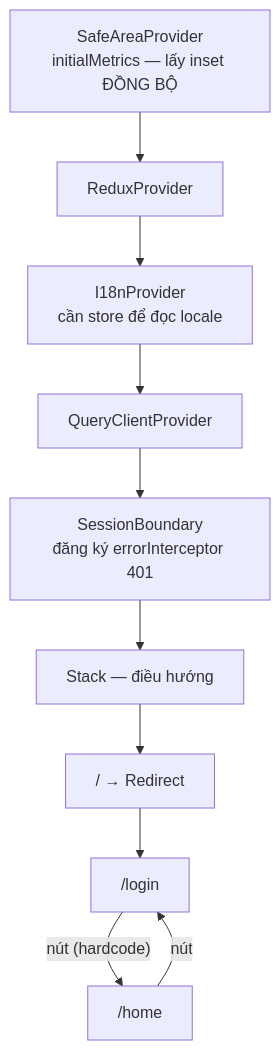
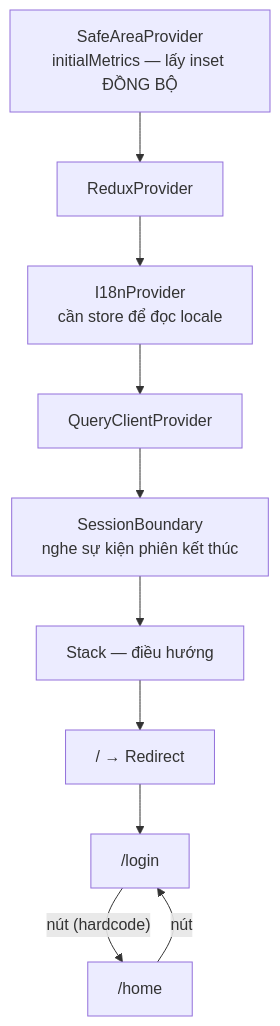
Before and after one commit to daihanhbvt/xeprime: the second of 4 diagrams in apps/mobile/README.md, drawn with Mermaid. The commit also changed other lines of this file and 2 other files, not shown here.

````diff
--- a/apps/mobile/README.md
+++ b/apps/mobile/README.md
@@ -132,12 +132,12 @@
 ```mermaid
 flowchart TD
   A["SafeAreaProvider<br/>initialMetrics — lấy inset ĐỒNG BỘ"] --> B["ReduxProvider"]
   B --> C["I18nProvider<br/>cần store để đọc locale"]
   C --> D["QueryClientProvider"]
-  D --> E["SessionBoundary<br/>đăng ký errorInterceptor 401"]
+  D --> E["SessionBoundary<br/>nghe sự kiện phiên kết thúc"]
   E --> F["Stack — điều hướng"]
   F --> G["/ → Redirect"]
   G --> I["/login"]
   I -->|"nút (hardcode)"| J["/home"]
   J -->|nút| I
 ```
````
